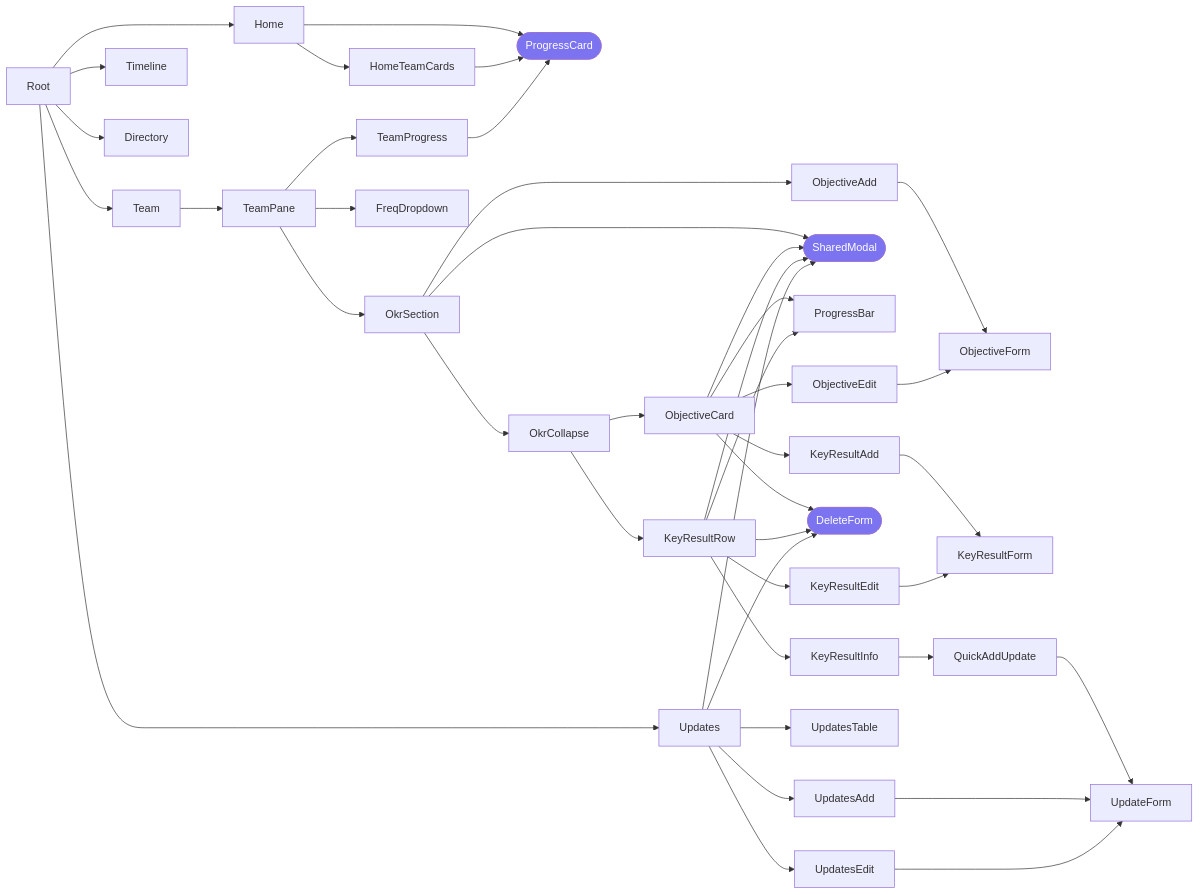
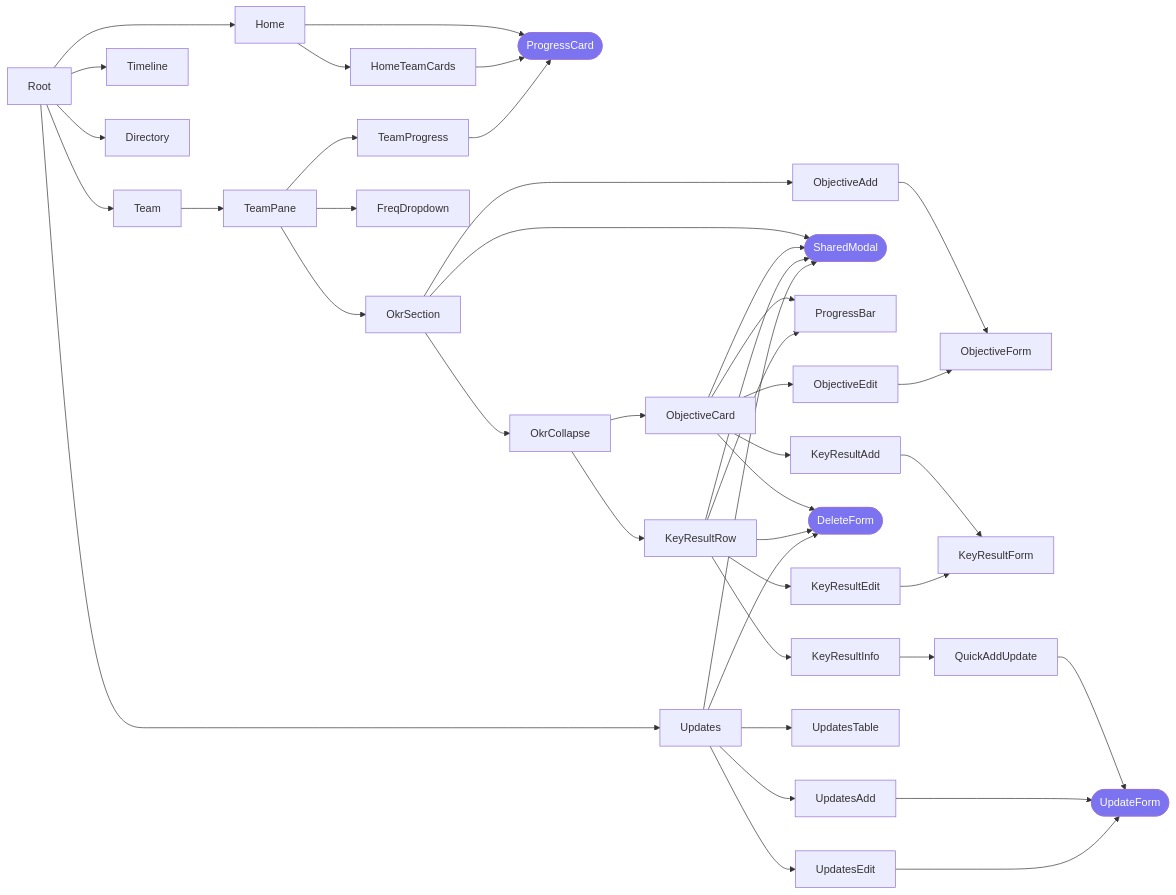
One commit to chrischow/rokr changed the diagram in dev/README.md. Above: the diagram before and after it, drawn with Mermaid.

Commit message:
Update graph

````diff
--- a/dev/README.md
+++ b/dev/README.md
@@ -8,61 +8,61 @@
 ```mermaid
 graph LR
     Root --> Home
     Root --> Team
     Root --> Updates
     Root --> Timeline
     Root --> Directory
     
     Home --> HomeTeamCards
     Home --> PC([ProgressCard])
     HomeTeamCards --> PC
 
     Team --> TeamPane
     TeamPane --> TeamProgress
     TeamPane --> OkrSection
     TeamPane --> FreqDropdown
 
     TeamProgress --> PC
 
     OkrSection --> ObjectiveAdd
     OkrSection --> OkrCollapse
     OkrSection --> SM([SharedModal])
     ObjectiveAdd --> ObjectiveForm
 
     OkrCollapse --> KeyResultRow
     OkrCollapse --> ObjectiveCard
 
     
     ObjectiveCard --> SM
     ObjectiveCard --> ProgressBar
     ObjectiveCard --> ObjectiveEdit
     ObjectiveCard --> KeyResultAdd
     ObjectiveCard --> DF([DeleteForm])
 
     ObjectiveEdit --> ObjectiveForm
     KeyResultAdd --> KeyResultForm
 
     KeyResultRow --> ProgressBar
     KeyResultRow --> SM
     KeyResultRow --> KeyResultInfo
     KeyResultRow --> KeyResultEdit
     KeyResultRow --> DF
 
     KeyResultEdit --> KeyResultForm
     KeyResultInfo --> QuickAddUpdate
-    QuickAddUpdate --> UpdateForm
+    QuickAddUpdate --> UF([UpdateForm])
 
     
 
     Updates --> SM
     Updates --> UpdatesTable
     Updates --> UpdatesAdd
     Updates --> UpdatesEdit
     Updates --> DF
 
-    UpdatesAdd --> UpdateForm
-    UpdatesEdit --> UpdateForm
+    UpdatesAdd --> UF
+    UpdatesEdit --> UF
 
     classDef shared fill:#7b73f0,color:white
-    class PC,SM,DF shared
+    class PC,SM,DF,UF shared
 ```
````
